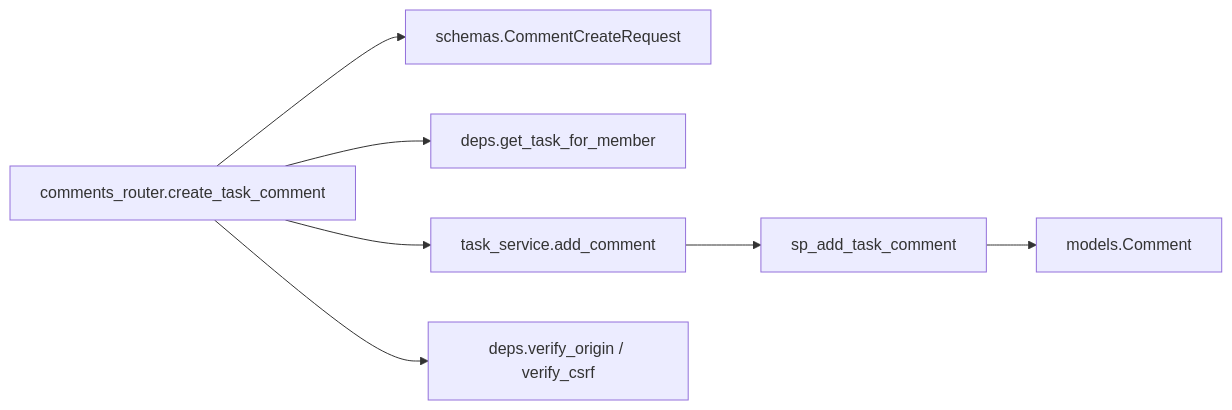
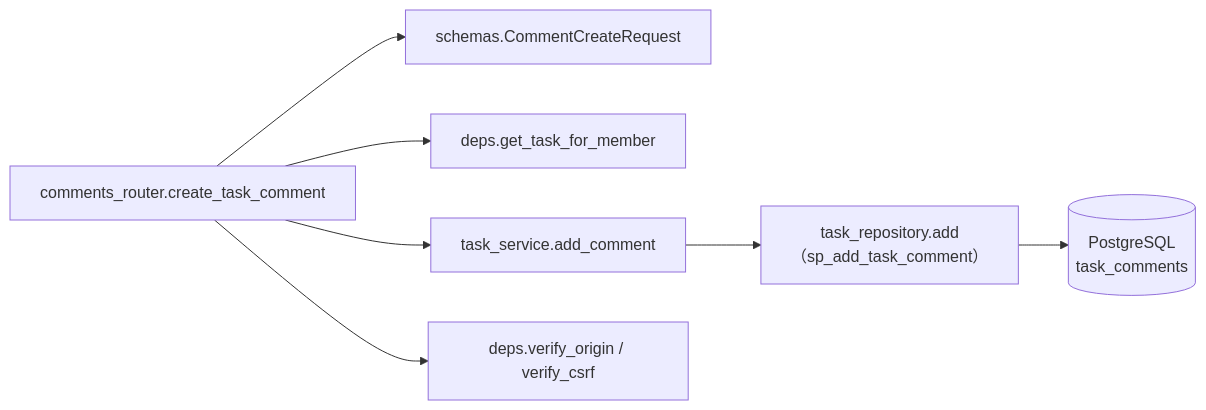
The third of 4 diagrams in detailed_design/api/tasks/07_post_task_comments.md (oikawa-d/task_management), drawn with Mermaid before and after one commit. The commit also changed other lines of this file and 6 other files, not shown here.

````diff
--- a/detailed_design/api/tasks/07_post_task_comments.md
+++ b/detailed_design/api/tasks/07_post_task_comments.md
@@ -198,9 +200,9 @@
 ```mermaid
 flowchart LR
     R["comments_router.create_task_comment"] --> Sch["schemas.CommentCreateRequest"]
     R --> D["deps.get_task_for_member"]
     R --> S["task_service.add_comment"]
-    S --> TR["sp_add_task_comment"]
-    TR --> M["models.Comment"]
+    S --> TR["task_repository.add<br/>（sp_add_task_comment）"]
+    TR --> DB[("PostgreSQL<br/>task_comments")]
     R --> V["deps.verify_origin / verify_csrf"]
 ```
````
